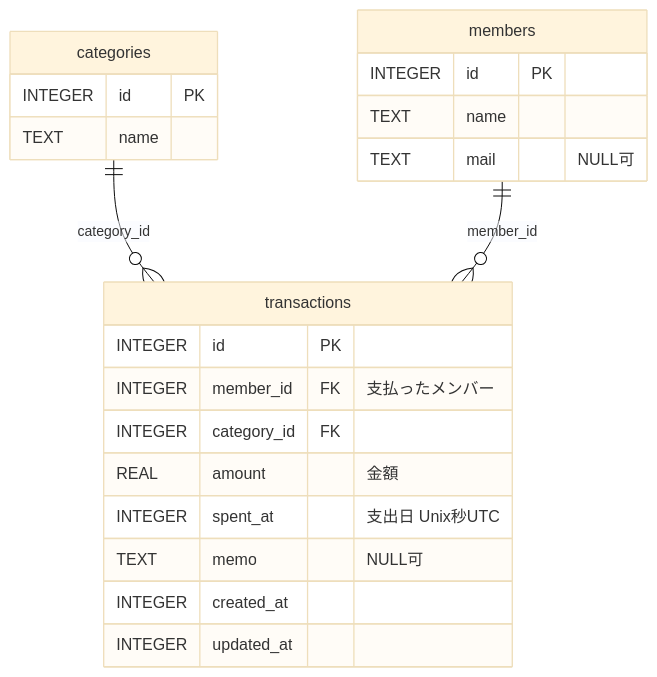
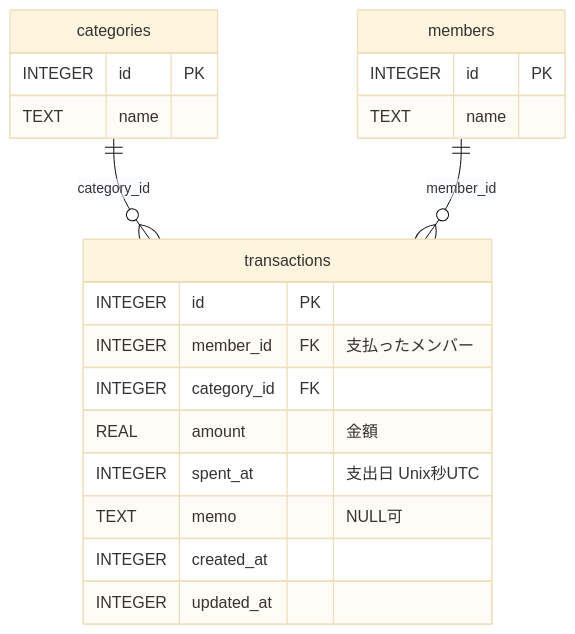
One commit to t1a2i3t4i5/LedgerCore changed the diagram in docs/db-schema.md. Above: the diagram before and after it, drawn with Mermaid (base theme). The commit also changed other lines of this file and 10 other files, not shown here.

````diff
--- a/docs/db-schema.md
+++ b/docs/db-schema.md
@@ -17,27 +17,26 @@
 ```mermaid
 erDiagram
     categories ||--o{ transactions : "category_id"
     members    ||--o{ transactions : "member_id"
 
     categories {
         INTEGER id PK
         TEXT name
     }
 
     members {
         INTEGER id PK
         TEXT name
-        TEXT mail "NULL可"
     }
 
     transactions {
         INTEGER id PK
         INTEGER member_id FK "支払ったメンバー"
         INTEGER category_id FK
         REAL amount "金額"
         INTEGER spent_at "支出日 Unix秒UTC"
         TEXT memo "NULL可"
         INTEGER created_at
         INTEGER updated_at
     }
 ```
````
